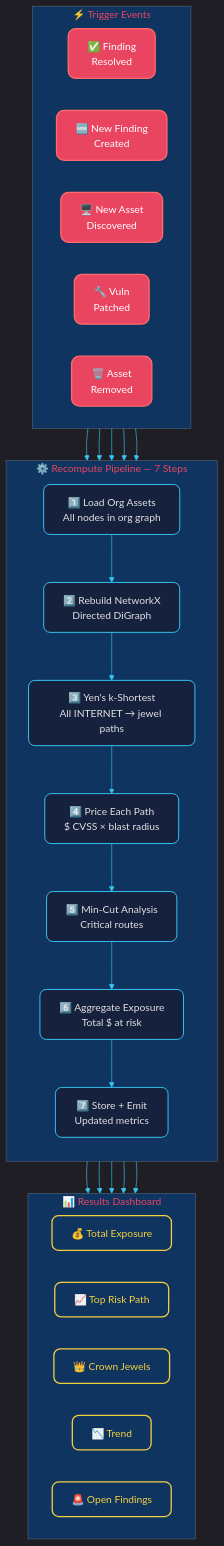
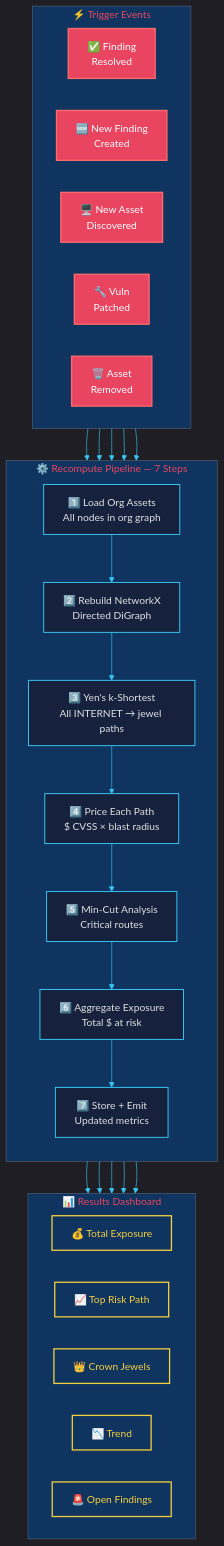
The tenth of 14 diagrams in README.md (soumyachk101/Drishti-Innofusion), drawn with Mermaid before and after one commit. The commit also changed other lines of this file, not shown here.

First line of the commit message:
docs: fix mermaid diagram syntax and classDef rules in README

````diff
--- a/README.md
+++ b/README.md
@@ -561,40 +561,40 @@
 ```mermaid
 %%{init: {'theme': 'dark', 'themeVariables': { 'primaryColor': '#1a1a2e', 'primaryTextColor': '#e0e0e0', 'primaryBorderColor': '#38c6f4', 'lineColor': '#38c6f4', 'secondaryColor': '#16213e', 'tertiaryColor': '#0f3460', 'background': '#0a0a1a', 'mainBkg': '#1a1a2e', 'nodeBorder': '#38c6f4', 'clusterBkg': '#0f3460', 'titleColor': '#e94560', 'edgeLabelBackground': '#16213e'}}}%%
 flowchart TD
- classDef trigger fill:#e94560,stroke:#ff6b6b,stroke-width:2px,color:#fff,rx:12
- classDef step fill:#16213e,stroke:#38c6f4,stroke-width:1.5px,color:#e0e0e0,rx:10
- classDef result fill:#0f3460,stroke:#f4d03f,stroke-width:2px,color:#f4d03f,rx:10
+ classDef trigger fill:#e94560,stroke:#ff6b6b,stroke-width:2px,color:#fff
+ classDef step fill:#16213e,stroke:#38c6f4,stroke-width:1.5px,color:#e0e0e0
+ classDef result fill:#0f3460,stroke:#f4d03f,stroke-width:2px,color:#f4d03f
 
  subgraph TRIGGERS ["⚡ Trigger Events"]
  direction LR
  T1["✅ Finding<br/>Resolved"]:::trigger
  T2["🆕 New Finding<br/>Created"]:::trigger
  T3["🖥️ New Asset<br/>Discovered"]:::trigger
  T4["🔧 Vuln<br/>Patched"]:::trigger
  T5["🗑️ Asset<br/>Removed"]:::trigger
  end
 
  subgraph PIPELINE ["⚙️ Recompute Pipeline — 7 Steps"]
  direction TB
  S1["1️⃣ Load Org Assets<br/>All nodes in org graph"]:::step
  S2["2️⃣ Rebuild NetworkX<br/>Directed DiGraph"]:::step
  S3["3️⃣ Yen's k-Shortest<br/>All INTERNET → jewel paths"]:::step
  S4["4️⃣ Price Each Path<br/>$ CVSS × blast radius"]:::step
  S5["5️⃣ Min-Cut Analysis<br/>Critical routes"]:::step
  S6["6️⃣ Aggregate Exposure<br/>Total $ at risk"]:::step
  S7["7️⃣ Store + Emit<br/>Updated metrics"]:::step
  end
 
  subgraph RESULTS ["📊 Results Dashboard"]
  direction LR
  R1["💰 Total Exposure"]:::result
  R2["📈 Top Risk Path"]:::result
  R3["👑 Crown Jewels"]:::result
  R4["📉 Trend"]:::result
  R5["🚨 Open Findings"]:::result
  end
 
  T1 & T2 & T3 & T4 & T5 --> S1
  S1 --> S2 --> S3 --> S4 --> S5 --> S6 --> S7
  S7 --> R1 & R2 & R3 & R4 & R5
 ```
````
